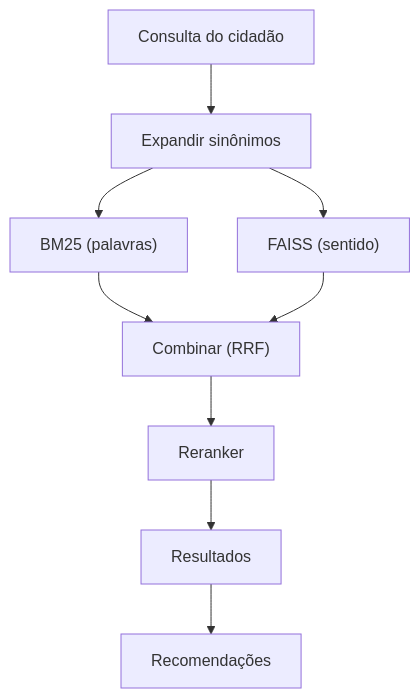
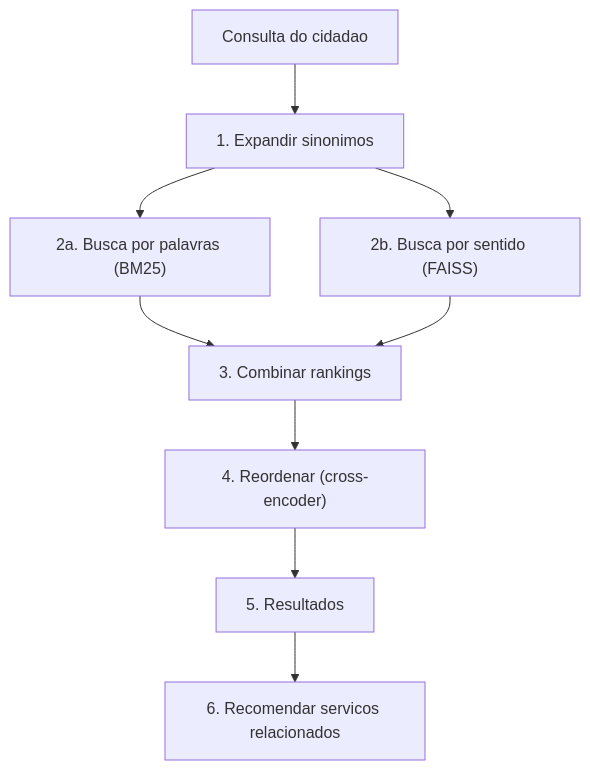
Before and after one commit to wllsena/facilita-rio: the diagram in README.md, drawn with Mermaid. The commit also changed other lines of this file and 16 other files, not shown here.

````diff
--- a/README.md
+++ b/README.md
@@ -13,11 +15,11 @@
 ```mermaid
 flowchart TD
-    Q[Consulta do cidadão] --> EXP[Expandir sinônimos]
-    EXP --> BM25["BM25 (palavras)"]
-    EXP --> FAISS["FAISS (sentido)"]
-    BM25 --> RRF["Combinar (RRF)"]
-    FAISS --> RRF
-    RRF --> RE[Reranker]
-    RE --> RES[Resultados]
-    RES --> REC[Recomendações]
+    Q[Consulta do cidadao] --> EXP[1. Expandir sinonimos]
+    EXP --> BM25["2a. Busca por palavras (BM25)"]
+    EXP --> SEM["2b. Busca por sentido (FAISS)"]
+    BM25 --> RRF[3. Combinar rankings]
+    SEM --> RRF
+    RRF --> RE["4. Reordenar (cross-encoder)"]
+    RE --> RES[5. Resultados]
+    RES --> REC[6. Recomendar servicos relacionados]
 ```
````
